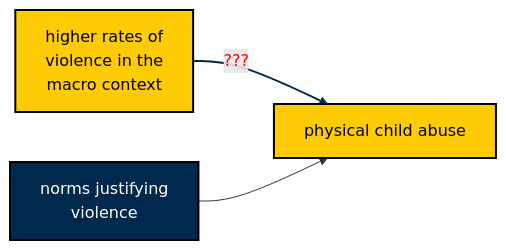
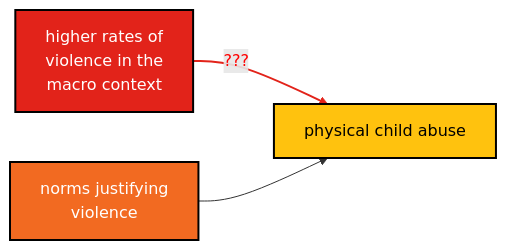
One commit to agrogan1/closeread changed the first of 4 diagrams in spillover-of-violence/spillover-of-violence.qmd. Above: the diagram before and after it, drawn with Mermaid. The commit also changed other lines of this file and 1 other file, not shown here.

````diff
--- a/spillover-of-violence/spillover-of-violence.qmd
+++ b/spillover-of-violence/spillover-of-violence.qmd
@@ -126,15 +126,20 @@
 ```{mermaid}
 flowchart LR
   %% Nodes %%
-  classDef maize fill:#FFCB05,stroke:#000000,stroke-width:2px,color:#000000;
+  classDef yellow fill:#FFC20E,stroke:#000000,stroke-width:2px,color:#000000;
   
-  classDef blue fill:#00274C,stroke:#000000,stroke-width:2px,color:#FFFFFF;
+  classDef cyan fill:#1CABE2,stroke:#000000,stroke-width:2px,color:#FFFFFF;
+  
+  classDef red fill:#E2231A,stroke:#000000,stroke-width:2px,color:#FFFFFF;
+  
+  classDef orange fill:#F26A21,stroke:#000000,stroke-width:2px,color:#FFFFFF;
+  
 
-  macroviolence[higher rates of \nviolence in the \nmacro context]:::maize --> |"???"| pabuse[physical child abuse]:::maize
+  macroviolence[higher rates of \nviolence in the \nmacro context]:::red --> |"???"| pabuse[physical child abuse]:::yellow
   
-  norms[norms justifying \nviolence]:::blue --> pabuse
+  norms[norms justifying \nviolence]:::orange --> pabuse
 
   %% Links %%
-  linkStyle 0 stroke:#00274C,stroke-width:2px,color:red;
+  linkStyle 0 stroke:#E2231A,stroke-width:2px,color:red;
 
 ```
````
